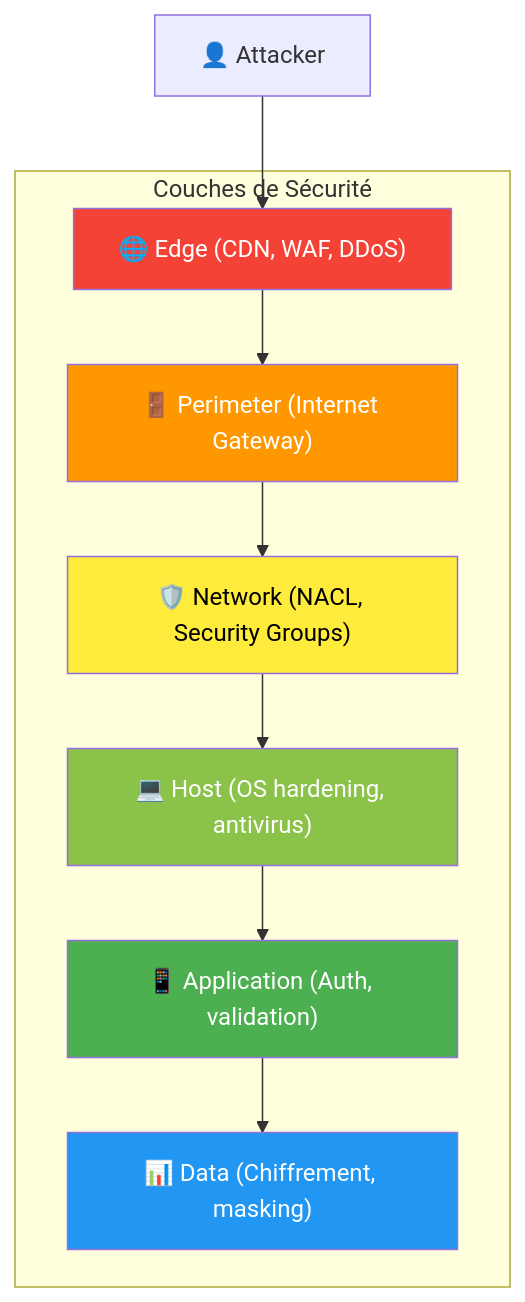
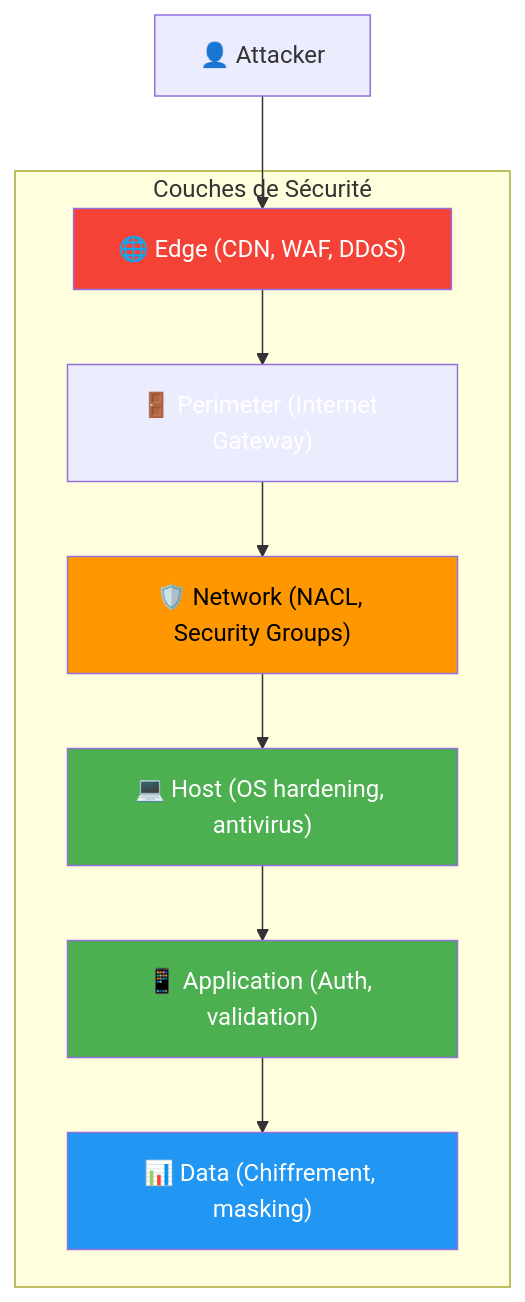
The seventh of 12 diagrams in docs/formations/cloud-fundamentals/04-module.md (VBlackJack/ShellBook), drawn with Mermaid before and after one commit. The commit also changed other lines of this file and 337 other files, not shown here.

First line of the commit message:
refactor(docs): Standardize code blocks and Mermaid colors

````diff
--- a/docs/formations/cloud-fundamentals/04-module.md
+++ b/docs/formations/cloud-fundamentals/04-module.md
@@ -240,25 +240,25 @@
 ```mermaid
 graph TB
     subgraph "Couches de Sécurité"
         L1["🌐 Edge (CDN, WAF, DDoS)"]
         L2["🚪 Perimeter (Internet Gateway)"]
         L3["🛡️ Network (NACL, Security Groups)"]
         L4["💻 Host (OS hardening, antivirus)"]
         L5["📱 Application (Auth, validation)"]
         L6["📊 Data (Chiffrement, masking)"]
     end
 
     ATTACKER["👤 Attacker"] --> L1
     L1 --> L2
     L2 --> L3
     L3 --> L4
     L4 --> L5
     L5 --> L6
 
     style L1 fill:#f44336,color:#fff
-    style L2 fill:#ff9800,color:#fff
-    style L3 fill:#ffeb3b,color:#000
-    style L4 fill:#8bc34a,color:#fff
+    style L2 fill:#FF9800800800,color:#fff
+    style L3 fill:#FF9800,color:#000
+    style L4 fill:#4CAF50,color:#fff
     style L5 fill:#4caf50,color:#fff
     style L6 fill:#2196f3,color:#fff
 ```
````
